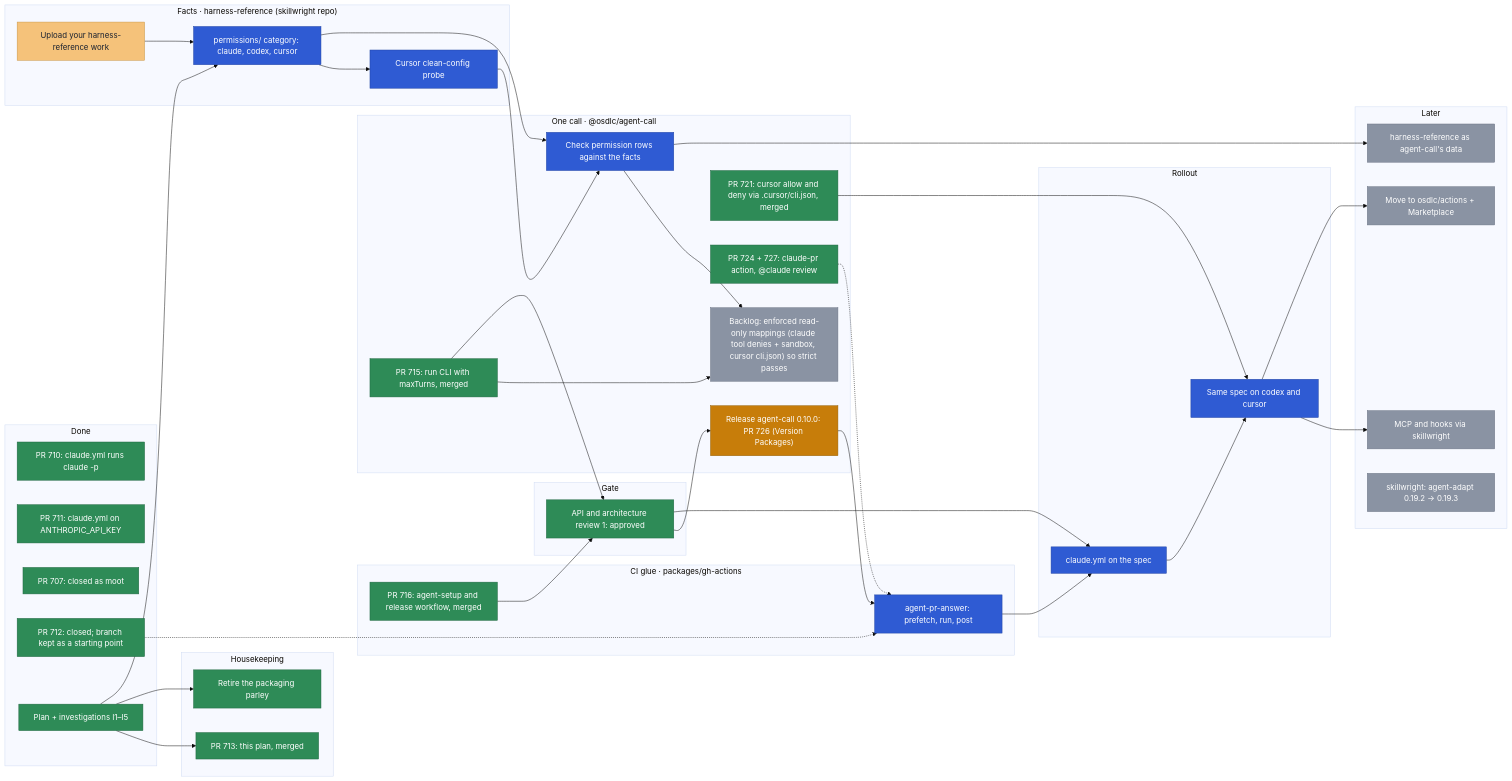
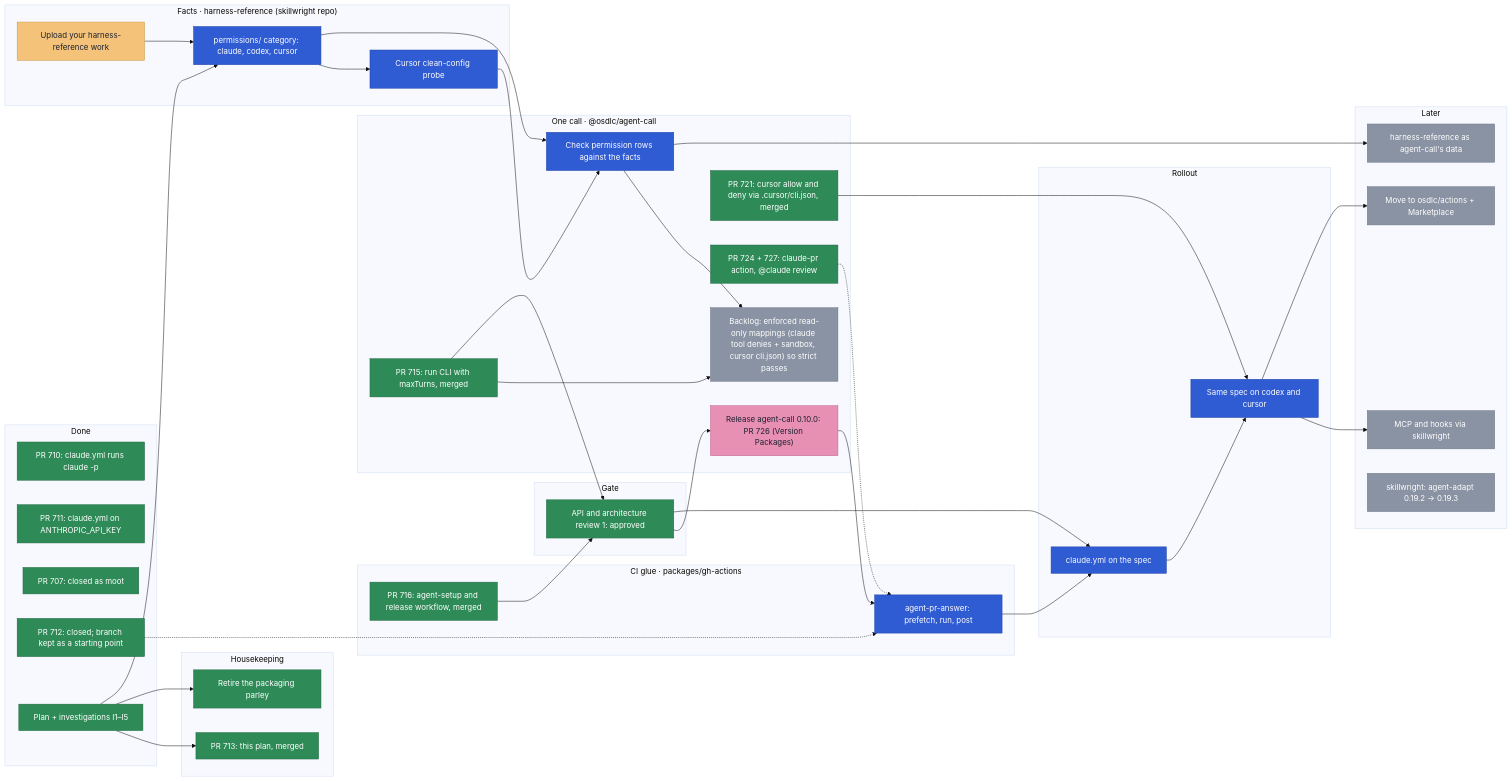
The diagram in docs/planning/agent-ci.md (osdlc/osdlc), drawn with Mermaid (base theme) before and after one commit. The commit also changed other lines of this file, not shown here.

````diff
--- a/docs/planning/agent-ci.md
+++ b/docs/planning/agent-ci.md
@@ -117,7 +117,7 @@
   class SETUP done
   class REV done
   class PERM,PROBE,CHECK,ANS,SPEC,MULTI next
-  class REL active
+  class REL external
   class CUR done
   class MCP,PUB,DATA,PIN,STRICT later
 ```
````
